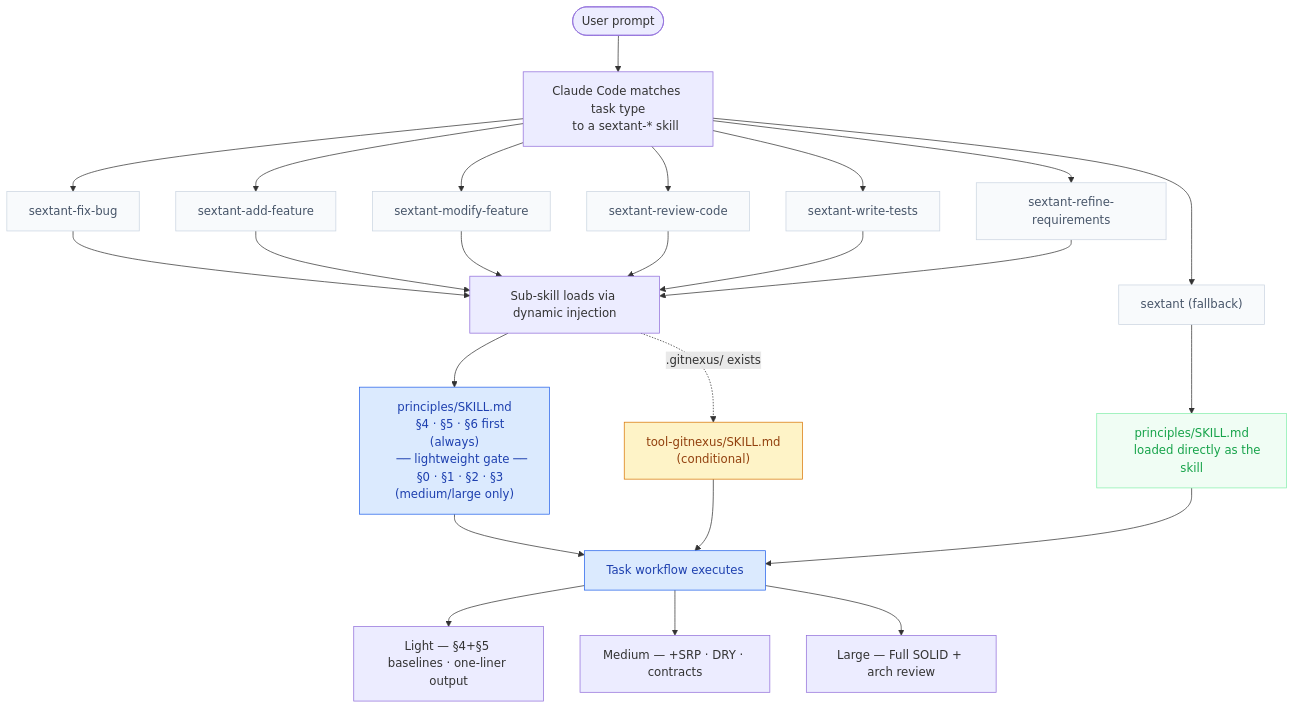
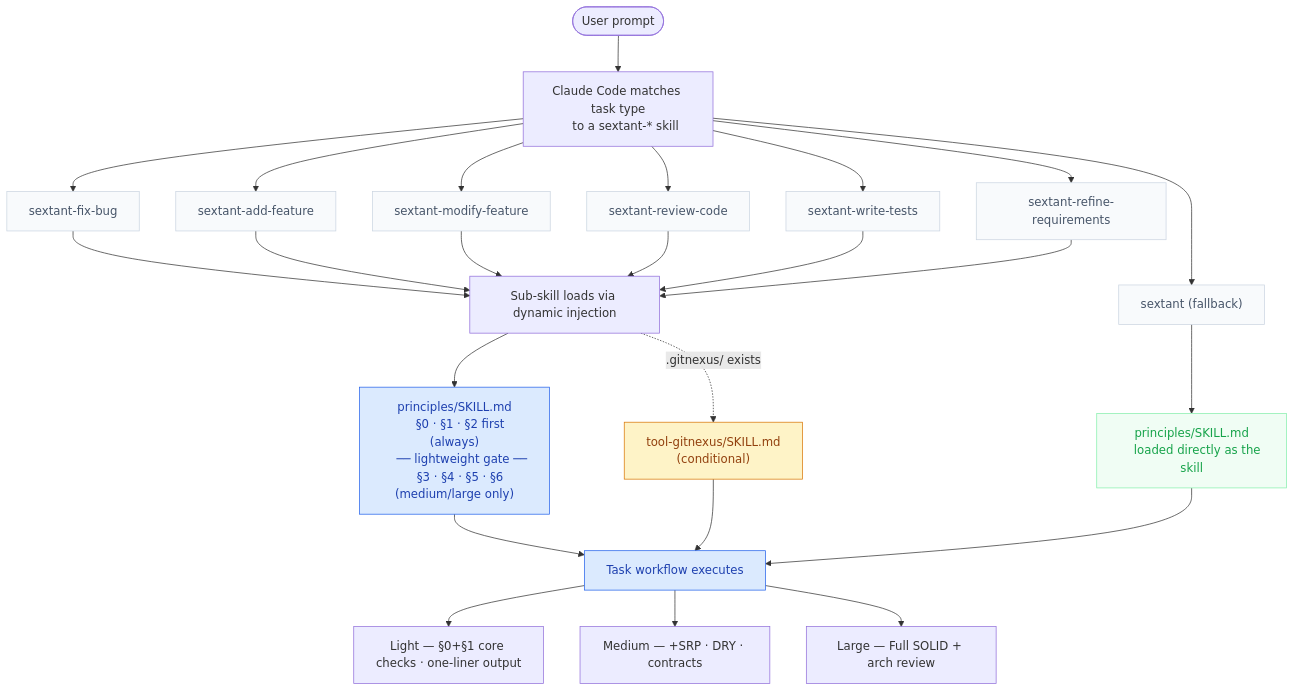
Before and after one commit to hellotern/Sextant: the diagram in README.md, drawn with Mermaid. The commit also changed other lines of this file and 3 other files, not shown here.

Commit message:
Adjust sequence number

````diff
--- a/README.md
+++ b/README.md
@@ -62,42 +62,42 @@
 ```mermaid
 flowchart TD
     A(["User prompt"]) --> B
 
     B["Claude Code matches task type
     to a sextant-* skill"]
     B --> R1["sextant-fix-bug"]
     B --> R2["sextant-add-feature"]
     B --> R3["sextant-modify-feature"]
     B --> R4["sextant-review-code"]
     B --> R5["sextant-write-tests"]
     B --> R6["sextant-refine-requirements"]
     B --> R7["sextant (fallback)"]
 
     R1 & R2 & R3 & R4 & R5 & R6 --> C
     R7 --> F["principles/SKILL.md
     loaded directly as the skill"]
 
     C["Sub-skill loads via dynamic injection"]
     C --> P["principles/SKILL.md
-    §4 · §5 · §6 first (always)
+    §0 · §1 · §2 first (always)
     ── lightweight gate ──
-    §0 · §1 · §2 · §3 (medium/large only)"]
+    §3 · §4 · §5 · §6 (medium/large only)"]
     C -.->|.gitnexus/ exists| GN["tool-gitnexus/SKILL.md
     (conditional)"]
     P & GN --> D["Task workflow executes"]
     F --> D
 
-    D --> S1["Light — §4+§5 baselines · one-liner output"]
+    D --> S1["Light — §0+§1 core checks · one-liner output"]
     D --> S2["Medium — +SRP · DRY · contracts"]
     D --> S3["Large — Full SOLID + arch review"]
 
     classDef skill       fill:#f8fafc,stroke:#cbd5e1,color:#475569
     classDef inject      fill:#dbeafe,stroke:#2563eb,color:#1e40af
     classDef conditional fill:#fef3c7,stroke:#d97706,color:#92400e
     classDef fallback    fill:#f0fdf4,stroke:#86efac,color:#16a34a
 
     class R1,R2,R3,R4,R5,R6,R7 skill
     class P,D inject
     class GN conditional
     class F fallback
 ```
````
